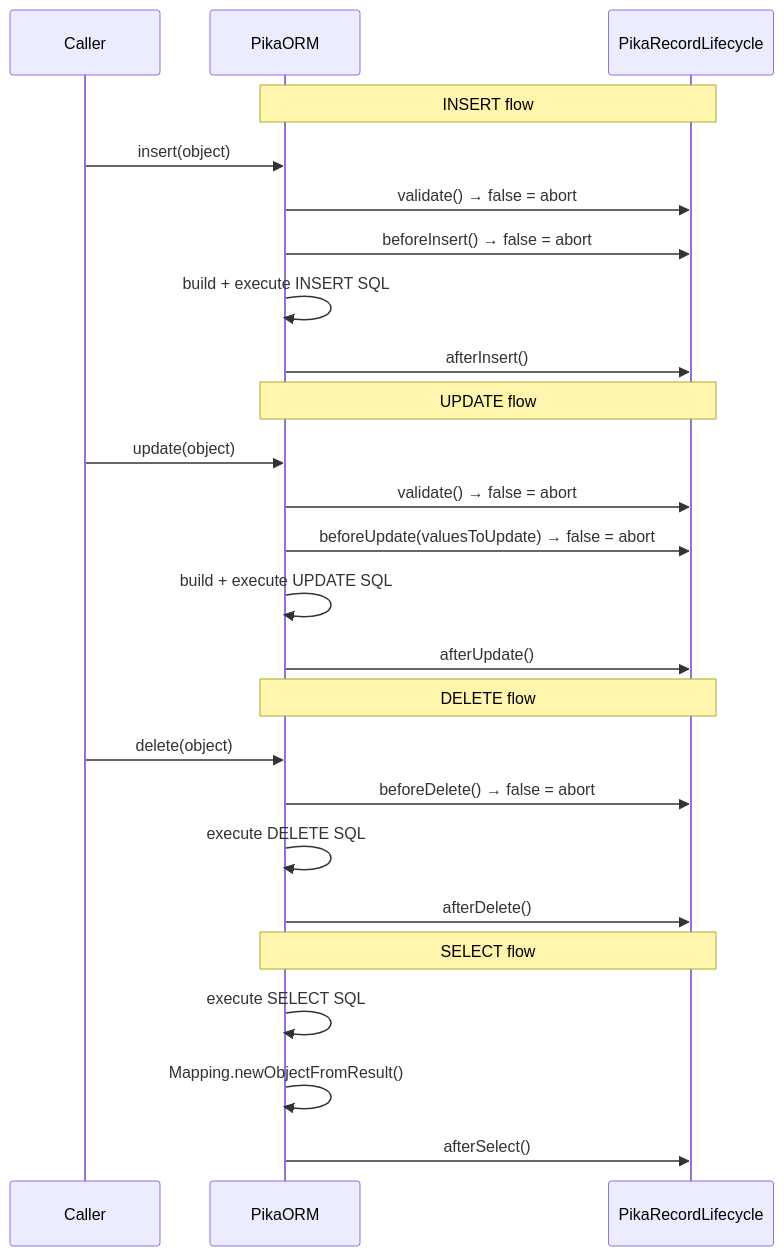
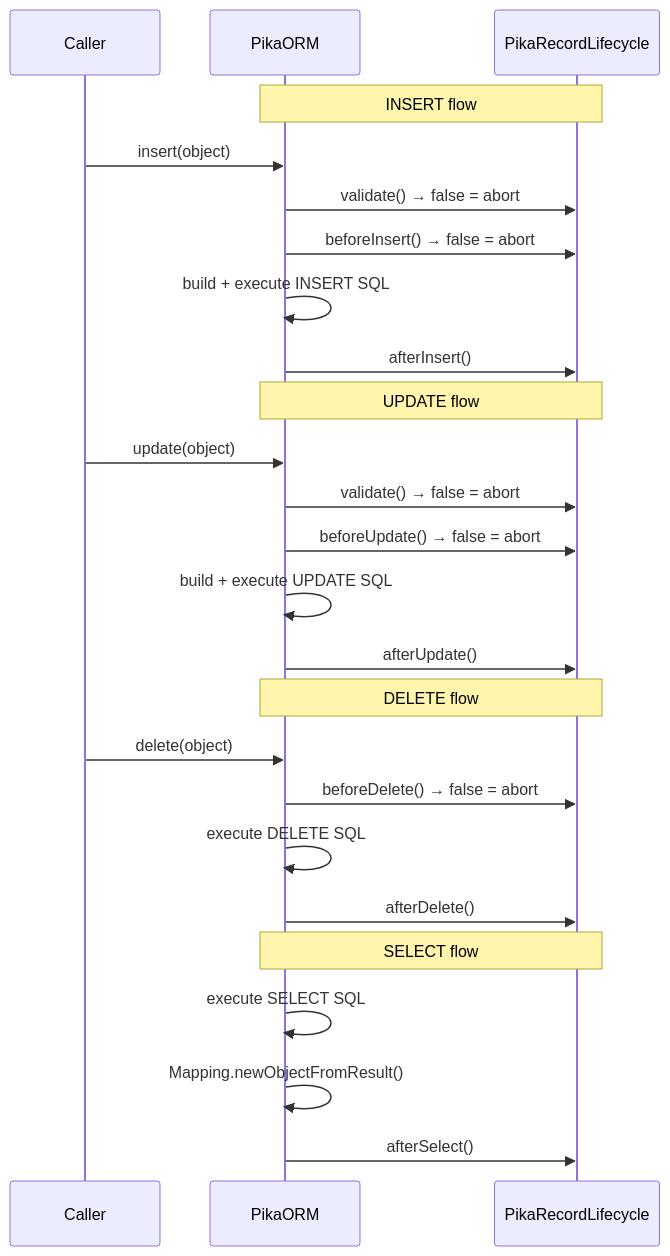
The tenth of 17 diagrams in docs/pages/internals/architecture.md (msu/pika-orm), drawn with Mermaid before and after one commit. The commit also changed other lines of this file and 8 other files, not shown here.

````diff
--- a/docs/pages/internals/architecture.md
+++ b/docs/pages/internals/architecture.md
@@ -677,31 +677,31 @@
 ```mermaid
 sequenceDiagram
     participant Caller
     participant ORM as PikaORM
     participant Lifecycle as PikaRecordLifecycle
 
     Note over ORM,Lifecycle: INSERT flow
     Caller->>ORM: insert(object)
     ORM->>Lifecycle: validate() → false = abort
     ORM->>Lifecycle: beforeInsert() → false = abort
     ORM->>ORM: build + execute INSERT SQL
     ORM->>Lifecycle: afterInsert()
 
     Note over ORM,Lifecycle: UPDATE flow
     Caller->>ORM: update(object)
     ORM->>Lifecycle: validate() → false = abort
-    ORM->>Lifecycle: beforeUpdate(valuesToUpdate) → false = abort
+    ORM->>Lifecycle: beforeUpdate() → false = abort
     ORM->>ORM: build + execute UPDATE SQL
     ORM->>Lifecycle: afterUpdate()
 
     Note over ORM,Lifecycle: DELETE flow
     Caller->>ORM: delete(object)
     ORM->>Lifecycle: beforeDelete() → false = abort
     ORM->>ORM: execute DELETE SQL
     ORM->>Lifecycle: afterDelete()
 
     Note over ORM,Lifecycle: SELECT flow
     ORM->>ORM: execute SELECT SQL
     ORM->>ORM: Mapping.newObjectFromResult()
     ORM->>Lifecycle: afterSelect()
 ```
````
